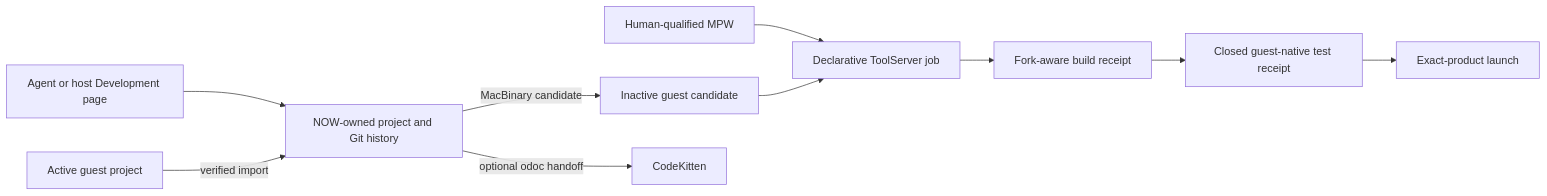
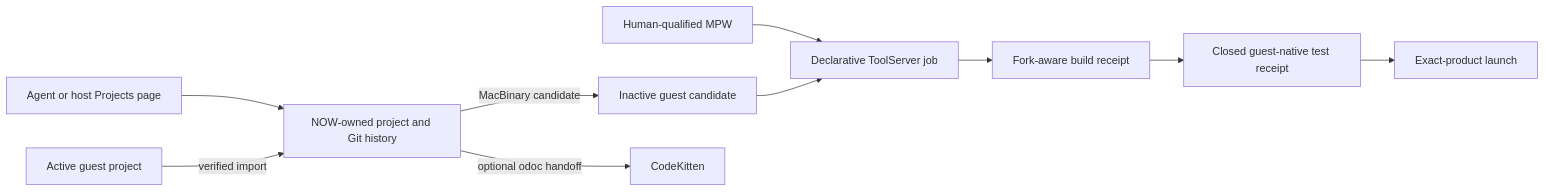
The diagram in docs/developer-guide/architecture/development.md (thisoldmac/new-old-world), drawn with Mermaid before and after one commit. The commit also changed 734 other files, not shown here.

````diff
--- a/docs/developer-guide/architecture/development.md
+++ b/docs/developer-guide/architecture/development.md
@@ -23,12 +23,12 @@
 ```mermaid
 flowchart LR
-  A["Agent or host Development page"] --> P["NOW-owned project and Git history"]
+  A["Agent or host Projects page"] --> P["NOW-owned project and Git history"]
   G["Active guest project"] -->|"verified import"| P
   P -->|"MacBinary candidate"| C["Inactive guest candidate"]
   T["Human-qualified MPW"] --> B["Declarative ToolServer job"]
   C --> B
   B --> R["Fork-aware build receipt"]
   R --> X["Closed guest-native test receipt"]
   X --> L["Exact-product launch"]
   P -->|"optional odoc handoff"| K["CodeKitten"]
 ```
````
